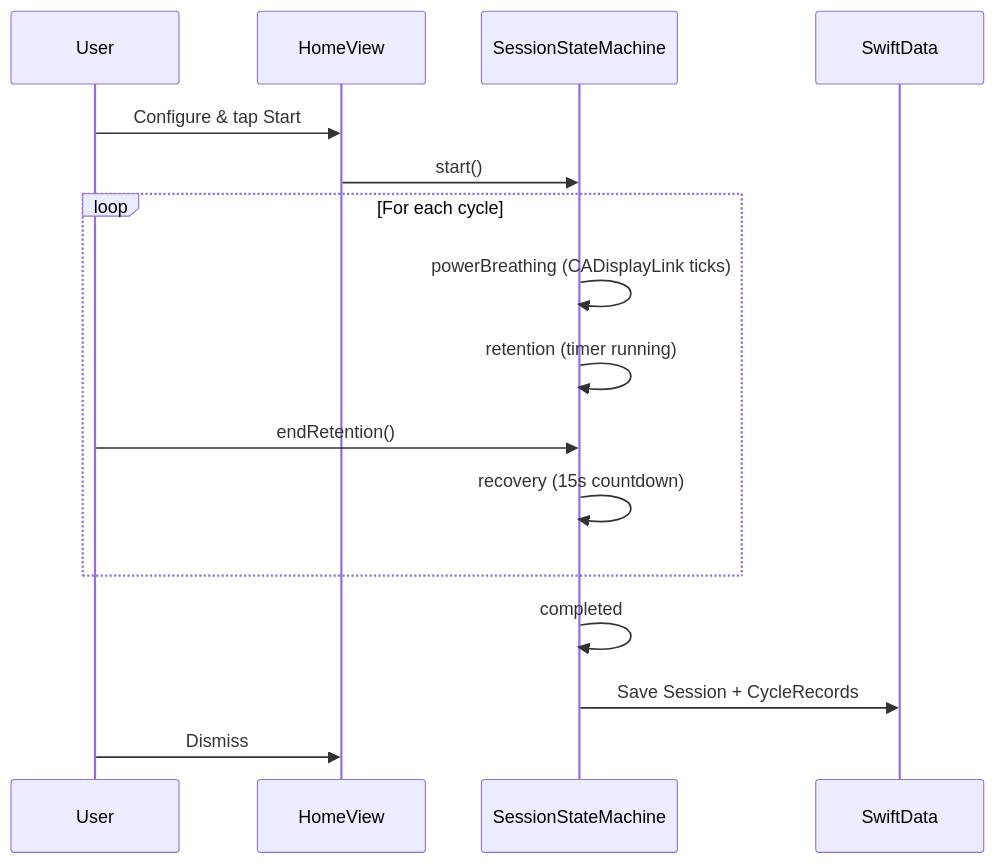
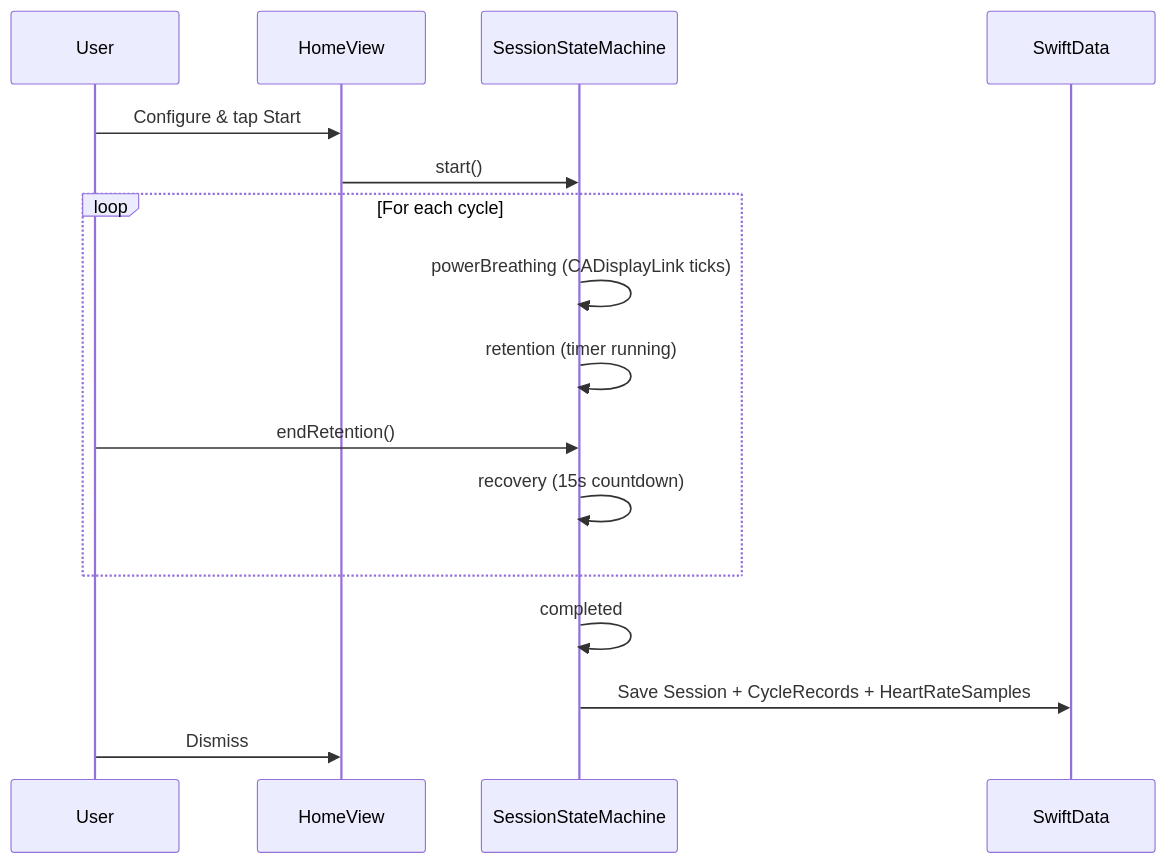
One commit to pedro-esteves-pinto/WHAT changed the sixth of 6 diagrams in README.md. Above: the diagram before and after it, drawn with Mermaid. The commit also changed other lines of this file and 5 other files, not shown here.

First line of the commit message:
Add Phase 4: HealthKit heart rate integration

````diff
--- a/README.md
+++ b/README.md
@@ -129,19 +156,19 @@
 ```mermaid
 sequenceDiagram
     participant U as User
     participant H as HomeView
     participant SM as SessionStateMachine
     participant DB as SwiftData
 
     U->>H: Configure & tap Start
     H->>SM: start()
     loop For each cycle
         SM->>SM: powerBreathing (CADisplayLink ticks)
         SM->>SM: retention (timer running)
         U->>SM: endRetention()
         SM->>SM: recovery (15s countdown)
     end
     SM->>SM: completed
-    SM->>DB: Save Session + CycleRecords
+    SM->>DB: Save Session + CycleRecords + HeartRateSamples
     U->>H: Dismiss
 ```
````
